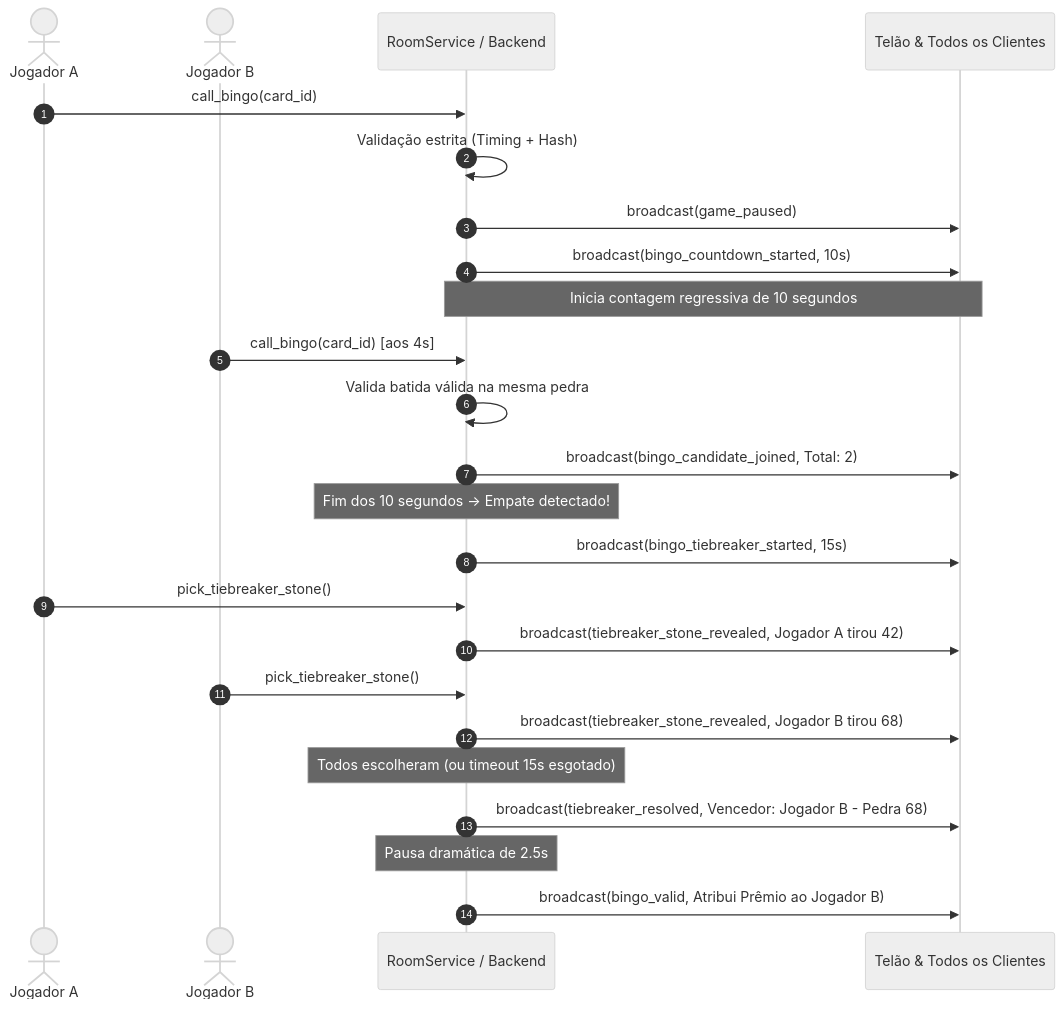
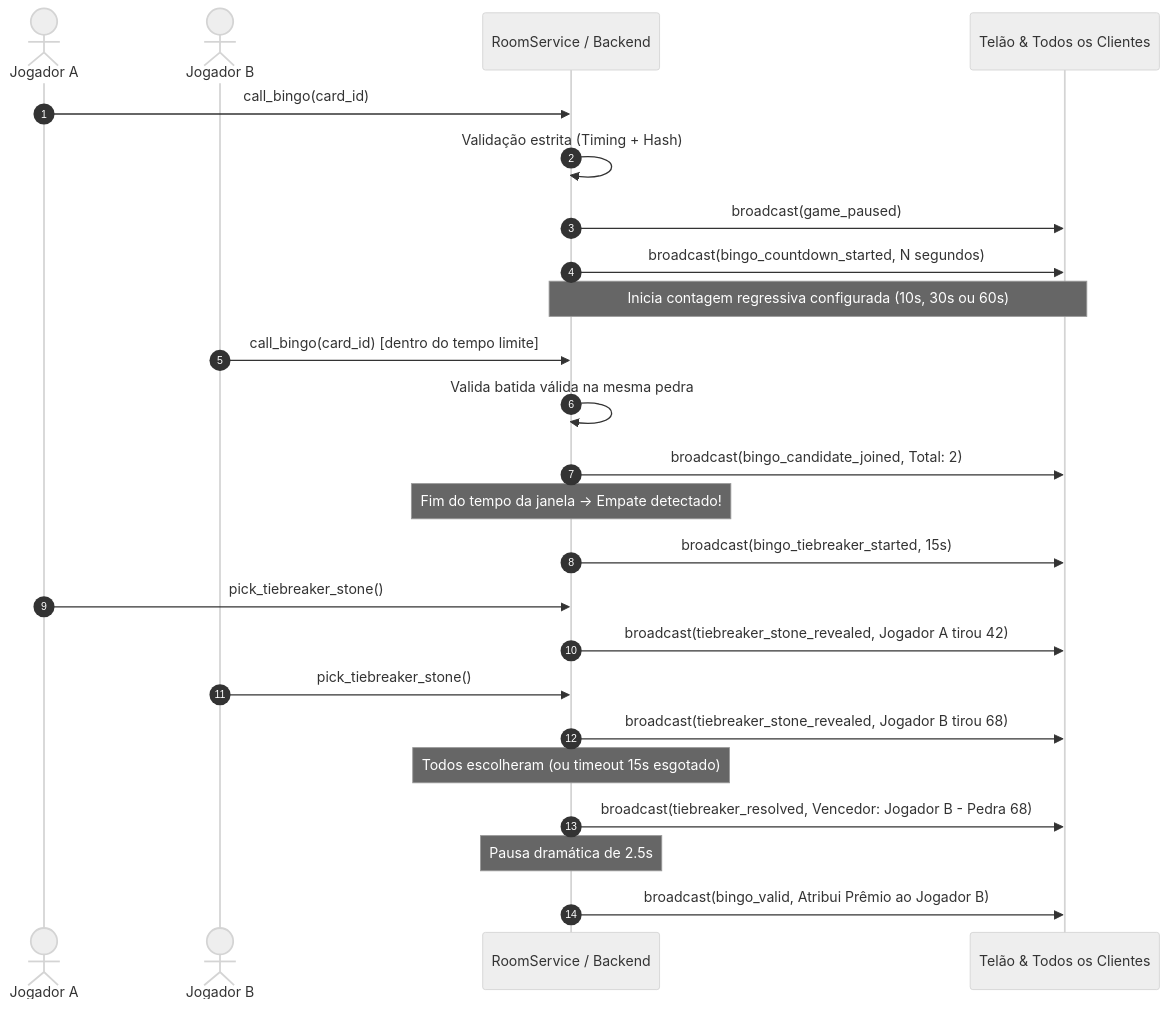
Before and after one commit to julioriffel/bingo-game: the second of 2 diagrams in docs/business-rules.md, drawn with Mermaid (neutral theme). The commit also changed other lines of this file and 13 other files, not shown here.

````diff
--- a/docs/business-rules.md
+++ b/docs/business-rules.md
@@ -103,32 +107,32 @@
 ```mermaid
 sequenceDiagram
     autonumber
     actor Jogador1 as Jogador A
     actor Jogador2 as Jogador B
     participant Servidor as RoomService / Backend
     participant Telao as Telão & Todos os Clientes
 
     Jogador1->>Servidor: call_bingo(card_id)
     Servidor->>Servidor: Validação estrita (Timing + Hash)
     Servidor->>Telao: broadcast(game_paused)
-    Servidor->>Telao: broadcast(bingo_countdown_started, 10s)
-    Note over Servidor,Telao: Inicia contagem regressiva de 10 segundos
+    Servidor->>Telao: broadcast(bingo_countdown_started, N segundos)
+    Note over Servidor,Telao: Inicia contagem regressiva configurada (10s, 30s ou 60s)
     
-    Jogador2->>Servidor: call_bingo(card_id) [aos 4s]
+    Jogador2->>Servidor: call_bingo(card_id) [dentro do tempo limite]
     Servidor->>Servidor: Valida batida válida na mesma pedra
     Servidor->>Telao: broadcast(bingo_candidate_joined, Total: 2)
 
-    Note over Servidor: Fim dos 10 segundos -> Empate detectado!
+    Note over Servidor: Fim do tempo da janela -> Empate detectado!
     Servidor->>Telao: broadcast(bingo_tiebreaker_started, 15s)
     
     Jogador1->>Servidor: pick_tiebreaker_stone()
     Servidor->>Telao: broadcast(tiebreaker_stone_revealed, Jogador A tirou 42)
     
     Jogador2->>Servidor: pick_tiebreaker_stone()
     Servidor->>Telao: broadcast(tiebreaker_stone_revealed, Jogador B tirou 68)
     
     Note over Servidor: Todos escolheram (ou timeout 15s esgotado)
     Servidor->>Telao: broadcast(tiebreaker_resolved, Vencedor: Jogador B - Pedra 68)
     Note over Servidor: Pausa dramática de 2.5s
     Servidor->>Telao: broadcast(bingo_valid, Atribui Prêmio ao Jogador B)
 ```
````
